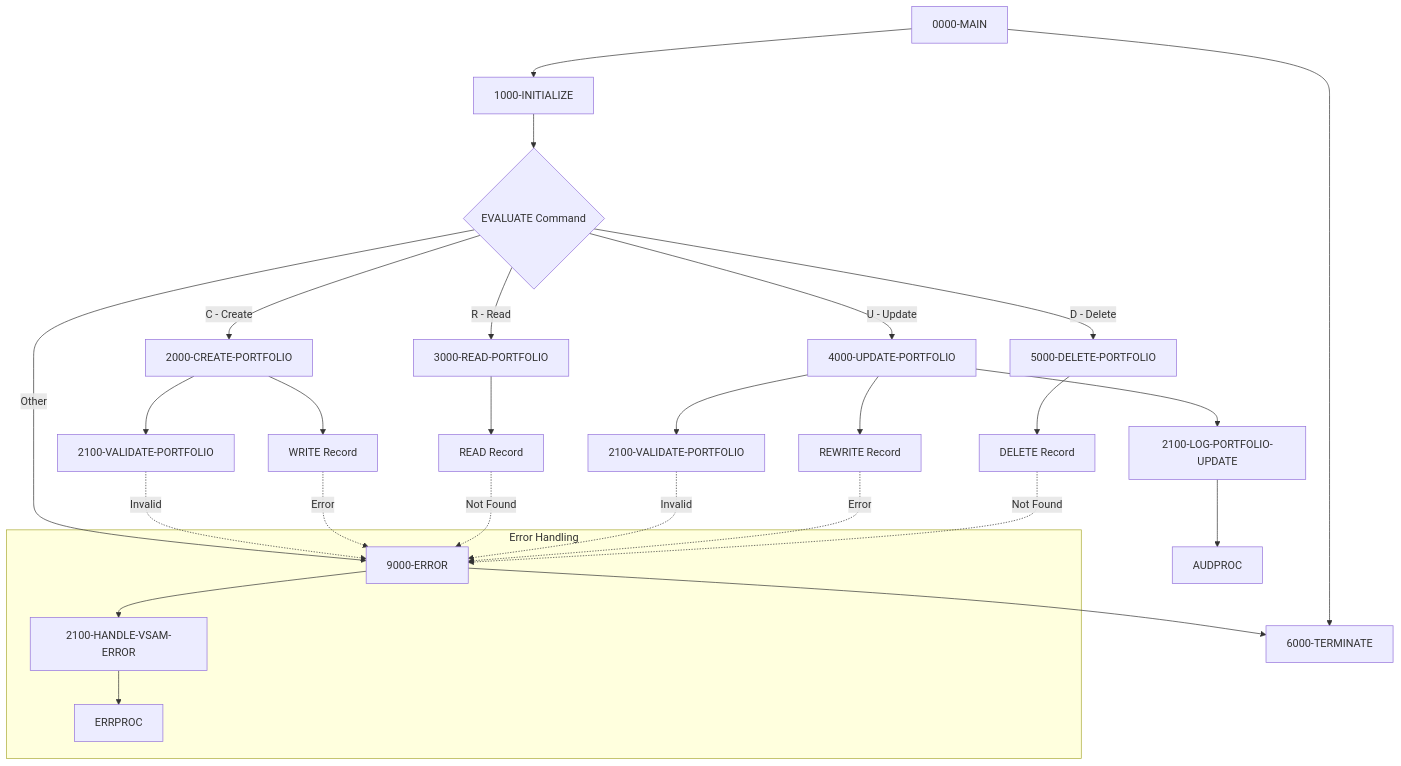
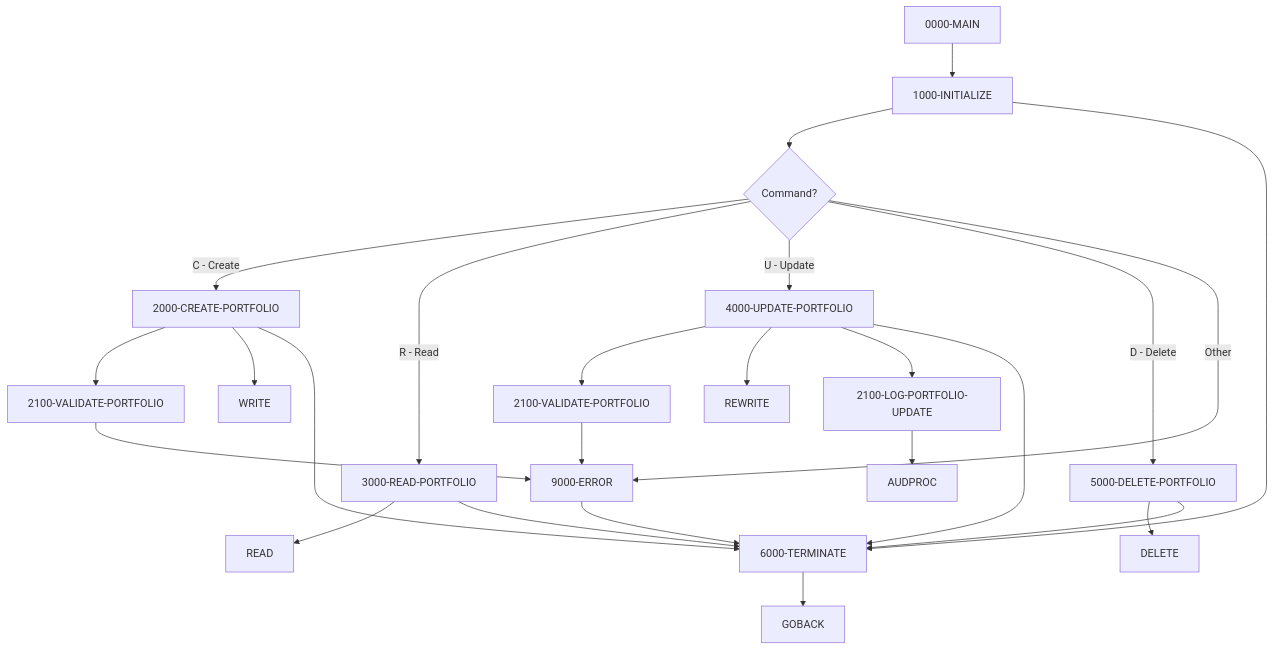
The diagram in docs/programs/PORTMSTR.mdx (haladir-com/legacy-benchmark-docs-vb70e1), drawn with Mermaid before and after one commit. The commit also changed other lines of this file and 64 other files, not shown here.

````diff
--- a/docs/programs/PORTMSTR.mdx
+++ b/docs/programs/PORTMSTR.mdx
@@ -26,38 +21,37 @@
 ```mermaid
 graph TD
     A[0000-MAIN] --> B[1000-INITIALIZE]
-    B --> C{EVALUATE Command}
+    B --> C{Command?}
     
     C -->|C - Create| D[2000-CREATE-PORTFOLIO]
     C -->|R - Read| E[3000-READ-PORTFOLIO]
     C -->|U - Update| F[4000-UPDATE-PORTFOLIO]
     C -->|D - Delete| G[5000-DELETE-PORTFOLIO]
     C -->|Other| H[9000-ERROR]
     
     D --> D1[2100-VALIDATE-PORTFOLIO]
-    D --> D2[WRITE Record]
-    D1 -.->|Invalid| H
-    D2 -.->|Error| H
+    D --> D2[WRITE]
     
-    E --> E1[READ Record]
-    E1 -.->|Not Found| H
+    E --> E1[READ]
     
     F --> F1[2100-VALIDATE-PORTFOLIO]
-    F --> F2[REWRITE Record]
+    F --> F2[REWRITE]
     F --> F3[2100-LOG-PORTFOLIO-UPDATE]
-    F1 -.->|Invalid| H
-    F2 -.->|Error| H
     
-    G --> G1[DELETE Record]
-    G1 -.->|Not Found| H
+    G --> G1[DELETE]
     
-    A --> I[6000-TERMINATE]
-    H --> I
+    D1 --> H
+    F1 --> H
     
-    F3 --> J[AUDPROC]
+    H --> I[6000-TERMINATE]
     
-    subgraph "Error Handling"
-        H --> K[2100-HANDLE-VSAM-ERROR]
-        K --> L[ERRPROC]
-    end
+    B --> I
+    D --> I
+    E --> I
+    F --> I
+    G --> I
+    
+    I --> J[GOBACK]
+    
+    F3 --> K[AUDPROC]
 ```
````
